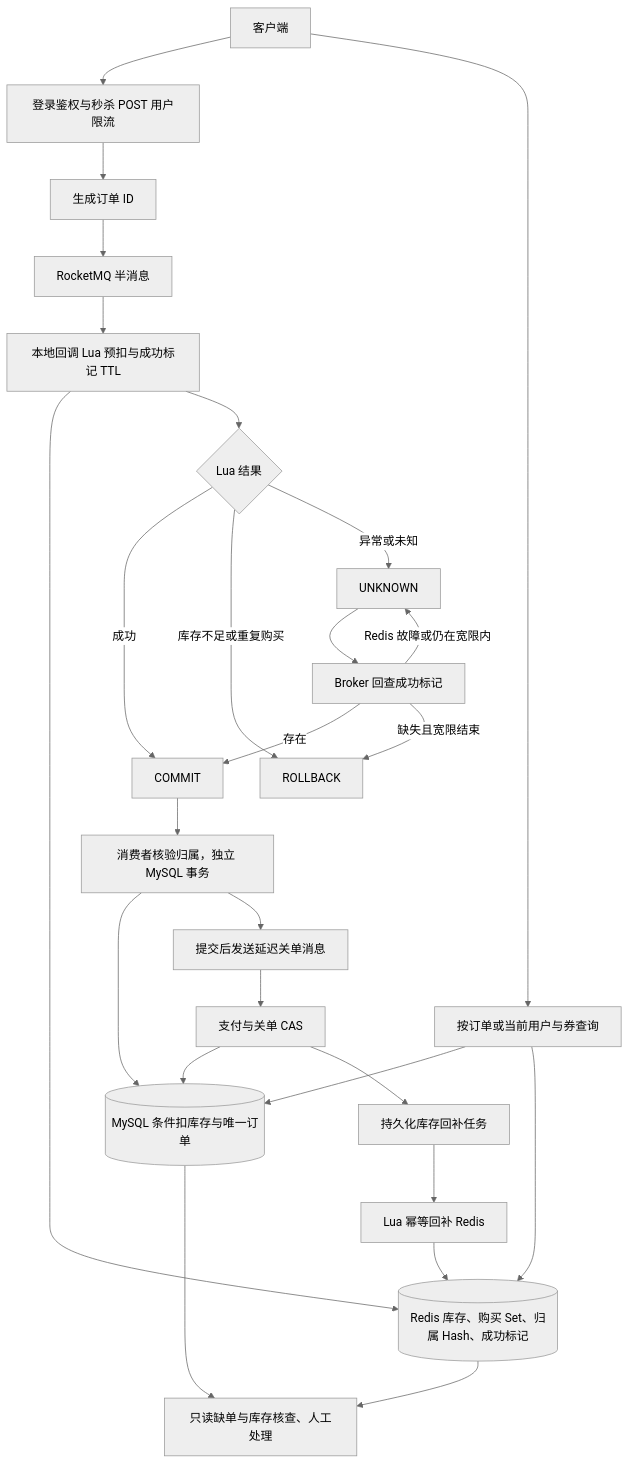
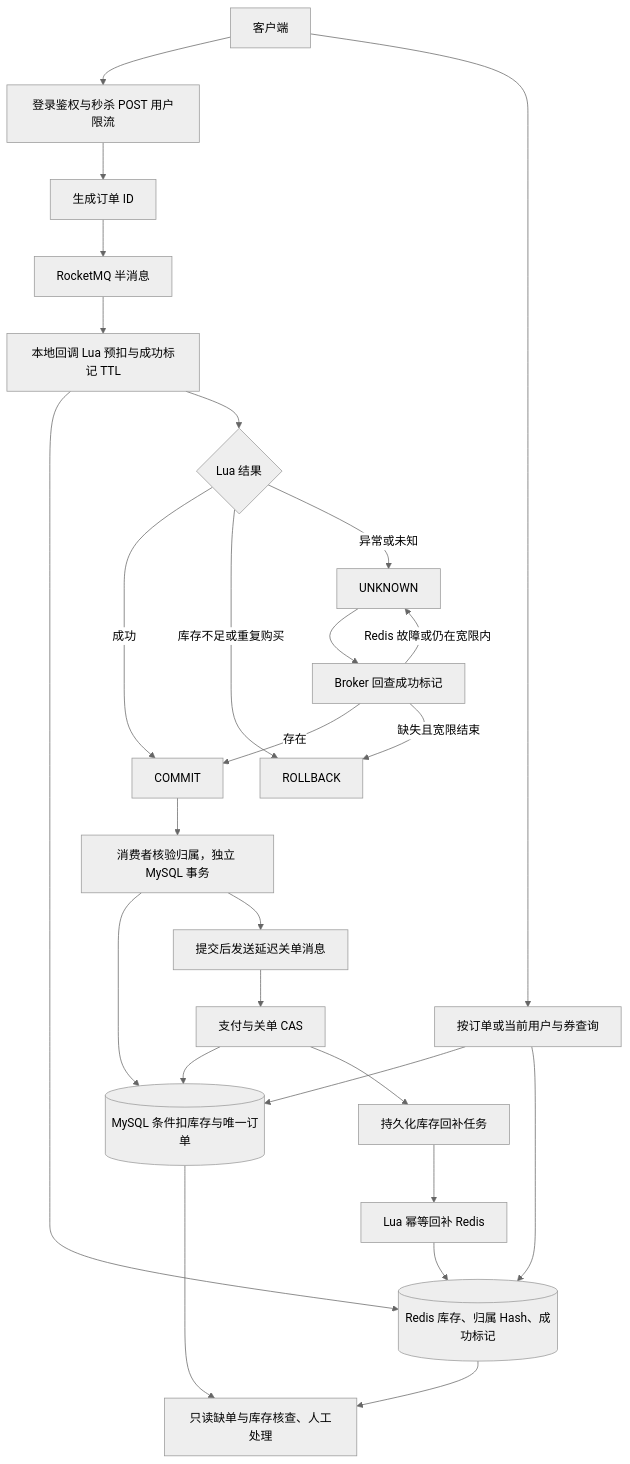
The diagram in README.md (soulbooyy/NearHub), drawn with Mermaid (neutral theme) before and after one commit. The commit also changed other lines of this file and 11 other files, not shown here.

````diff
--- a/README.md
+++ b/README.md
@@ -123,29 +123,29 @@
 ```mermaid
 flowchart TD
     C[客户端] --> E[登录鉴权与秒杀 POST 用户限流]
     E --> P[生成订单 ID]
     P --> H[RocketMQ 半消息]
     H --> T[本地回调 Lua 预扣与成功标记 TTL]
-    T --> R[(Redis 库存、购买 Set、归属 Hash、成功标记)]
+    T --> R[(Redis 库存、归属 Hash、成功标记)]
     T --> J{Lua 结果}
     J -->|成功| Q[COMMIT]
     J -->|库存不足或重复购买| X[ROLLBACK]
     J -->|异常或未知| U[UNKNOWN]
     U --> RC[Broker 回查成功标记]
     RC -->|存在| Q
     RC -->|缺失且宽限结束| X
     RC -->|Redis 故障或仍在宽限内| U
     Q --> W[消费者核验归属，独立 MySQL 事务]
     W --> D[(MySQL 条件扣库存与唯一订单)]
     W --> M[提交后发送延迟关单消息]
     M --> K[支付与关单 CAS]
     K --> D
     K --> S[持久化库存回补任务]
     S --> L[Lua 幂等回补 Redis]
     L --> R
     R --> F[只读缺单与库存核查、人工处理]
     D --> F
     C --> V[按订单或当前用户与券查询]
     V --> D
     V --> R
 ```
````
